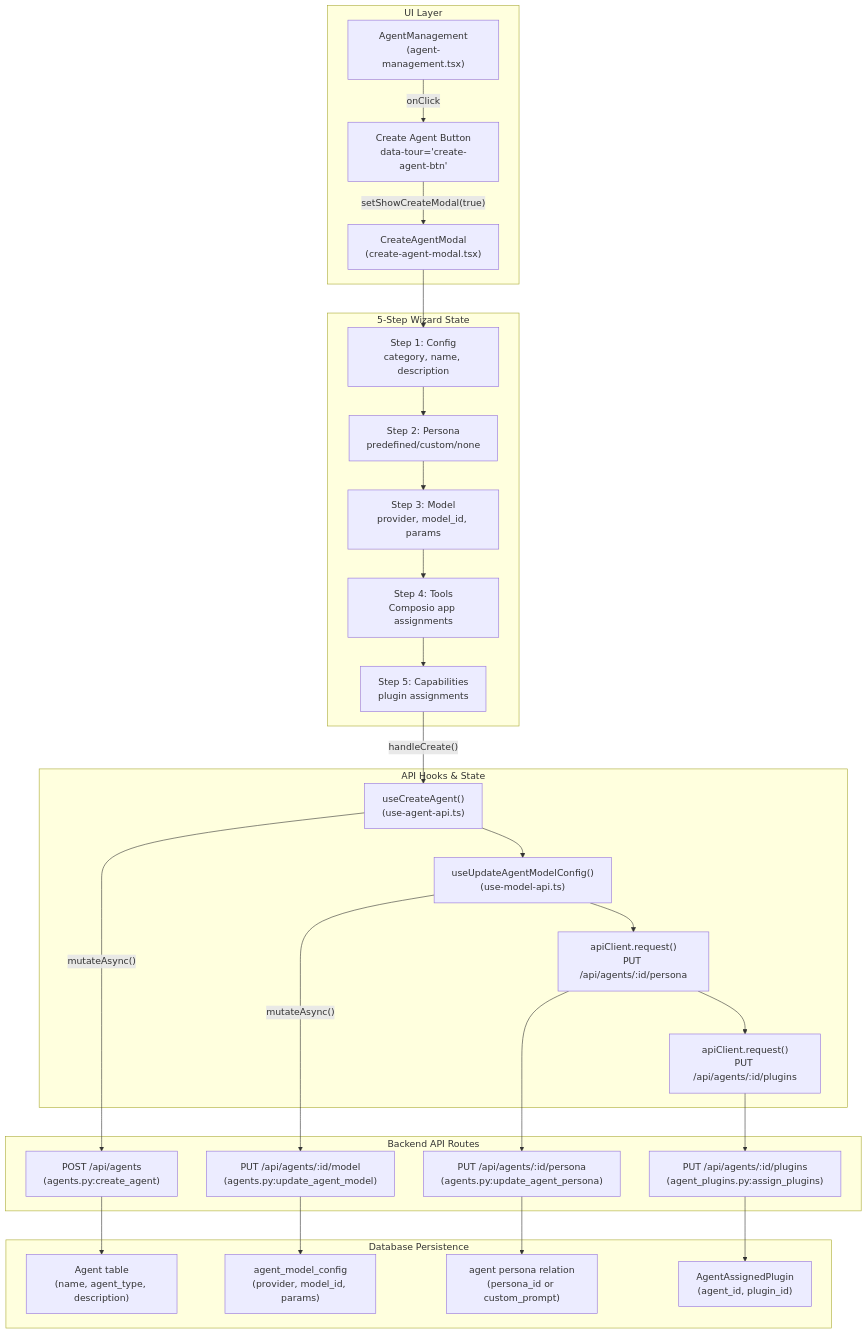
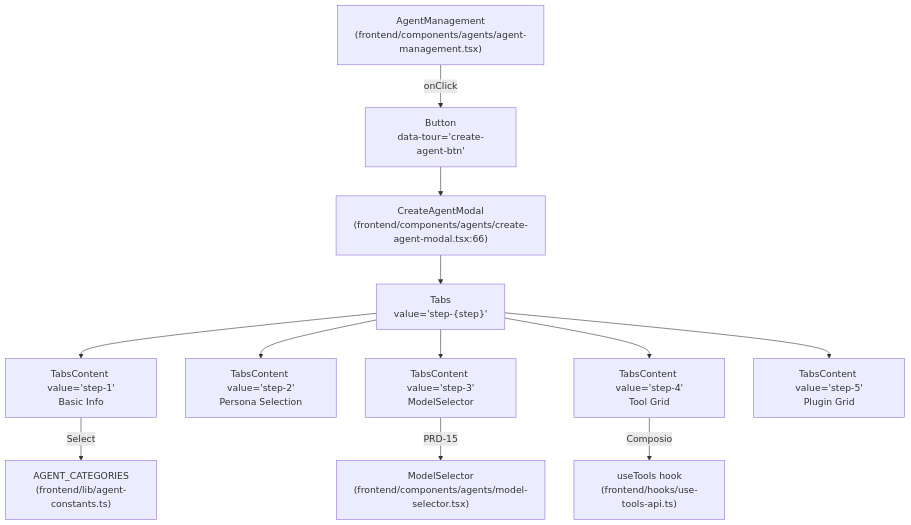
The second of 2 diagrams in docs/agents/creating-agents.md (AutomatosAI/automatos-ai), drawn with Mermaid before and after one commit. The commit also changed other lines of this file and 149 other files, not shown here.

Commit message:
docs: refresh documentation with graphify semantic scan

````diff
--- a/docs/agents/creating-agents.md
+++ b/docs/agents/creating-agents.md
@@ -51,61 +109,25 @@
 ```mermaid
 graph TB
-    subgraph "UI Layer"
-        AgentMgmt["AgentManagement<br/>(agent-management.tsx)"]
-        CreateBtn["Create Agent Button<br/>data-tour='create-agent-btn'"]
-        Modal["CreateAgentModal<br/>(create-agent-modal.tsx)"]
-        
-        AgentMgmt -->|"onClick"| CreateBtn
-        CreateBtn -->|"setShowCreateModal(true)"| Modal
-    end
+    AgentManagement["AgentManagement<br/>(frontend/components/agents/agent-management.tsx)"]
+    CreateButton["Button<br/>data-tour='create-agent-btn'"]
+    CreateAgentModal["CreateAgentModal<br/>(frontend/components/agents/create-agent-modal.tsx:66)"]
+    TabsComponent["Tabs<br/>value='step-{step}'"]
+    TabContent1["TabsContent value='step-1'<br/>Basic Info"]
+    TabContent2["TabsContent value='step-2'<br/>Persona Selection"]
+    TabContent3["TabsContent value='step-3'<br/>ModelSelector"]
+    TabContent4["TabsContent value='step-4'<br/>Tool Grid"]
+    TabContent5["TabsContent value='step-5'<br/>Plugin Grid"]
     
-    subgraph "5-Step Wizard State"
-        Step1["Step 1: Config<br/>category, name, description"]
-        Step2["Step 2: Persona<br/>predefined/custom/none"]
-        Step3["Step 3: Model<br/>provider, model_id, params"]
-        Step4["Step 4: Tools<br/>Composio app assignments"]
-        Step5["Step 5: Capabilities<br/>plugin assignments"]
-        
-        Modal --> Step1
-        Step1 --> Step2
-        Step2 --> Step3
-        Step3 --> Step4
-        Step4 --> Step5
-    end
+    AgentManagement -->|"onClick"| CreateButton
+    CreateButton --> CreateAgentModal
+    CreateAgentModal --> TabsComponent
+    TabsComponent --> TabContent1
+    TabsComponent --> TabContent2
+    TabsComponent --> TabContent3
+    TabsComponent --> TabContent4
+    TabsComponent --> TabContent5
     
-    subgraph "API Hooks & State"
-        CreateHook["useCreateAgent()<br/>(use-agent-api.ts)"]
-        ModelHook["useUpdateAgentModelConfig()<br/>(use-model-api.ts)"]
-        PersonaAPI["apiClient.request()<br/>PUT /api/agents/:id/persona"]
-        PluginAPI["apiClient.request()<br/>PUT /api/agents/:id/plugins"]
-        
-        Step5 -->|"handleCreate()"| CreateHook
-        CreateHook --> ModelHook
-        ModelHook --> PersonaAPI
-        PersonaAPI --> PluginAPI
-    end
-    
-    subgraph "Backend API Routes"
-        CreateRoute["POST /api/agents<br/>(agents.py:create_agent)"]
-        ModelRoute["PUT /api/agents/:id/model<br/>(agents.py:update_agent_model)"]
-        PersonaRoute["PUT /api/agents/:id/persona<br/>(agents.py:update_agent_persona)"]
-        PluginRoute["PUT /api/agents/:id/plugins<br/>(agent_plugins.py:assign_plugins)"]
-        
-        CreateHook -->|"mutateAsync()"| CreateRoute
-        ModelHook -->|"mutateAsync()"| ModelRoute
-        PersonaAPI --> PersonaRoute
-        PluginAPI --> PluginRoute
-    end
-    
-    subgraph "Database Persistence"
-        AgentTable["Agent table<br/>(name, agent_type, description)"]
-        ModelConfig["agent_model_config<br/>(provider, model_id, params)"]
-        PersonaRel["agent persona relation<br/>(persona_id or custom_prompt)"]
-        PluginRel["AgentAssignedPlugin<br/>(agent_id, plugin_id)"]
-        
-        CreateRoute --> AgentTable
-        ModelRoute --> ModelConfig
-        PersonaRoute --> PersonaRel
-        PluginRoute --> PluginRel
-    end
+    TabContent1 -->|"Select"| CategorySelect["AGENT_CATEGORIES<br/>(frontend/lib/agent-constants.ts)"]
+    TabContent3 -->|"PRD-15"| ModelSelectorComp["ModelSelector<br/>(frontend/components/agents/model-selector.tsx)"]
+    TabContent4 -->|"Composio"| ToolCheckbox["useTools hook<br/>(frontend/hooks/use-tools-api.ts)"]
 ```
````
